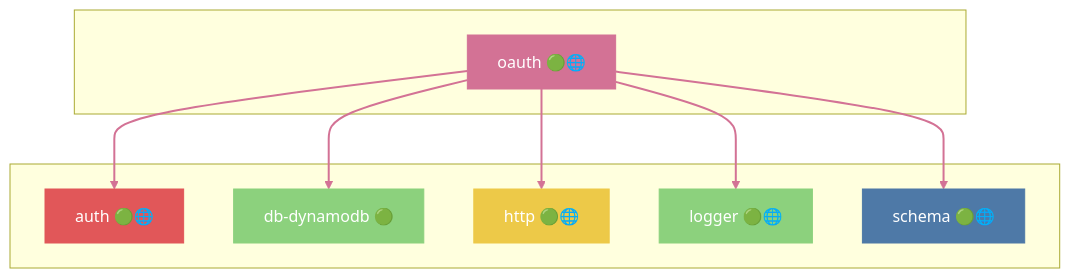
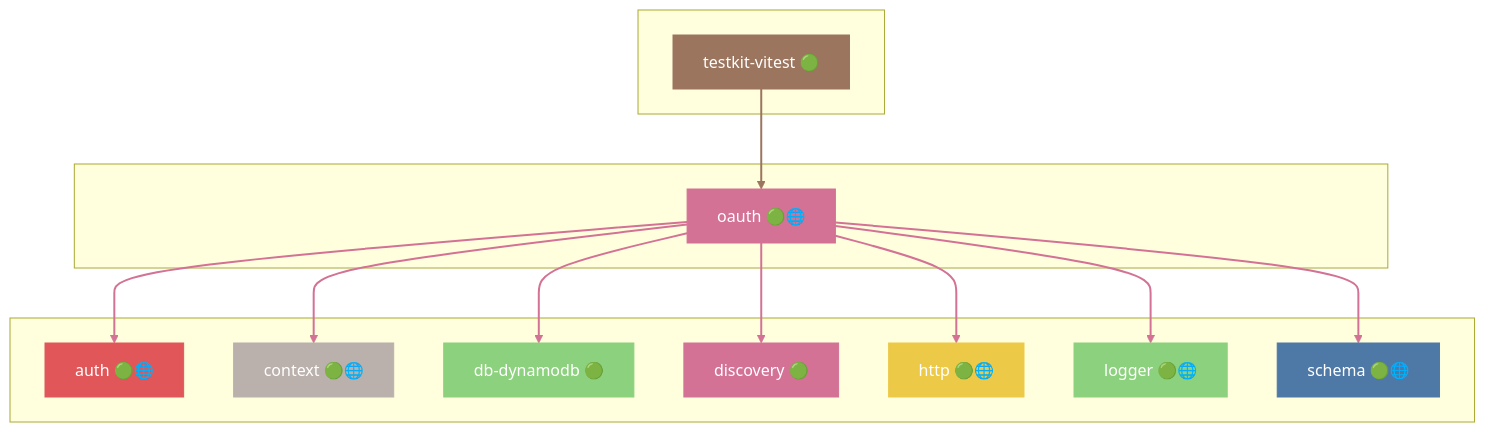
Diagram 34 of 49 in docs/DEPENDENCIES.md (grest-ts/grest-ts), drawn with Mermaid before and after one commit. The commit also changed other lines of this file and 31 other files, not shown here.

````diff
--- a/docs/DEPENDENCIES.md
+++ b/docs/DEPENDENCIES.md
@@ -1783,29 +1797,43 @@
 ```mermaid
 flowchart TB
+    subgraph Dependents[" "]
+        testkit-vitest["testkit-vitest 🟢"]
+    end
     subgraph Package[" "]
         oauth["oauth 🟢🌐"]
     end
     subgraph Dependencies[" "]
         auth["auth 🟢🌐"]
+        context["context 🟢🌐"]
         db-dynamodb["db-dynamodb 🟢"]
+        discovery["discovery 🟢"]
         http["http 🟢🌐"]
         logger["logger 🟢🌐"]
         schema["schema 🟢🌐"]
     end
+    testkit-vitest --> oauth
     oauth --> auth
+    oauth --> context
     oauth --> db-dynamodb
+    oauth --> discovery
     oauth --> http
     oauth --> logger
     oauth --> schema
     style oauth fill:#D37295,stroke:#D37295,color:#fff
+    style testkit-vitest fill:#9C755F,stroke:#9C755F,color:#fff
     style auth fill:#E15759,stroke:#E15759,color:#fff
+    style context fill:#BAB0AC,stroke:#BAB0AC,color:#fff
     style db-dynamodb fill:#8CD17D,stroke:#8CD17D,color:#fff
+    style discovery fill:#D37295,stroke:#D37295,color:#fff
     style http fill:#EDC948,stroke:#EDC948,color:#fff
     style logger fill:#8CD17D,stroke:#8CD17D,color:#fff
     style schema fill:#4E79A7,stroke:#4E79A7,color:#fff
-    linkStyle 0 stroke:#D37295,stroke-width:2px
+    linkStyle 0 stroke:#9C755F,stroke-width:2px
     linkStyle 1 stroke:#D37295,stroke-width:2px
     linkStyle 2 stroke:#D37295,stroke-width:2px
     linkStyle 3 stroke:#D37295,stroke-width:2px
     linkStyle 4 stroke:#D37295,stroke-width:2px
+    linkStyle 5 stroke:#D37295,stroke-width:2px
+    linkStyle 6 stroke:#D37295,stroke-width:2px
+    linkStyle 7 stroke:#D37295,stroke-width:2px
 ```
````
